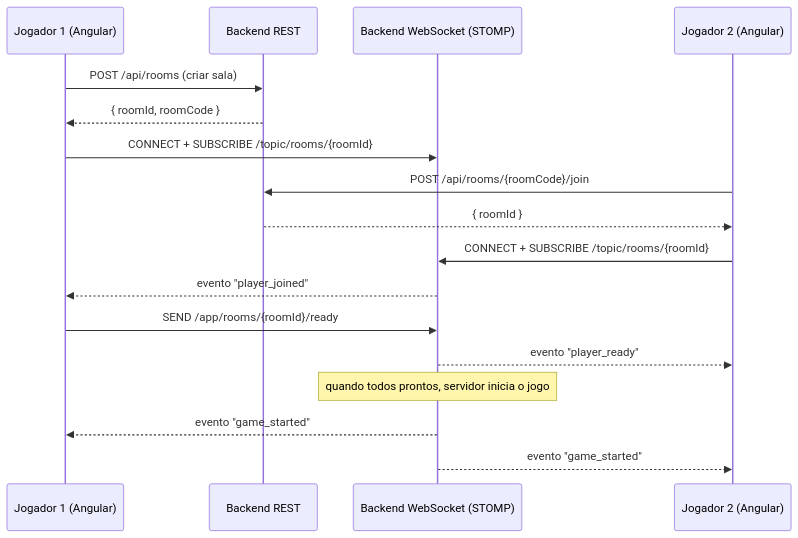
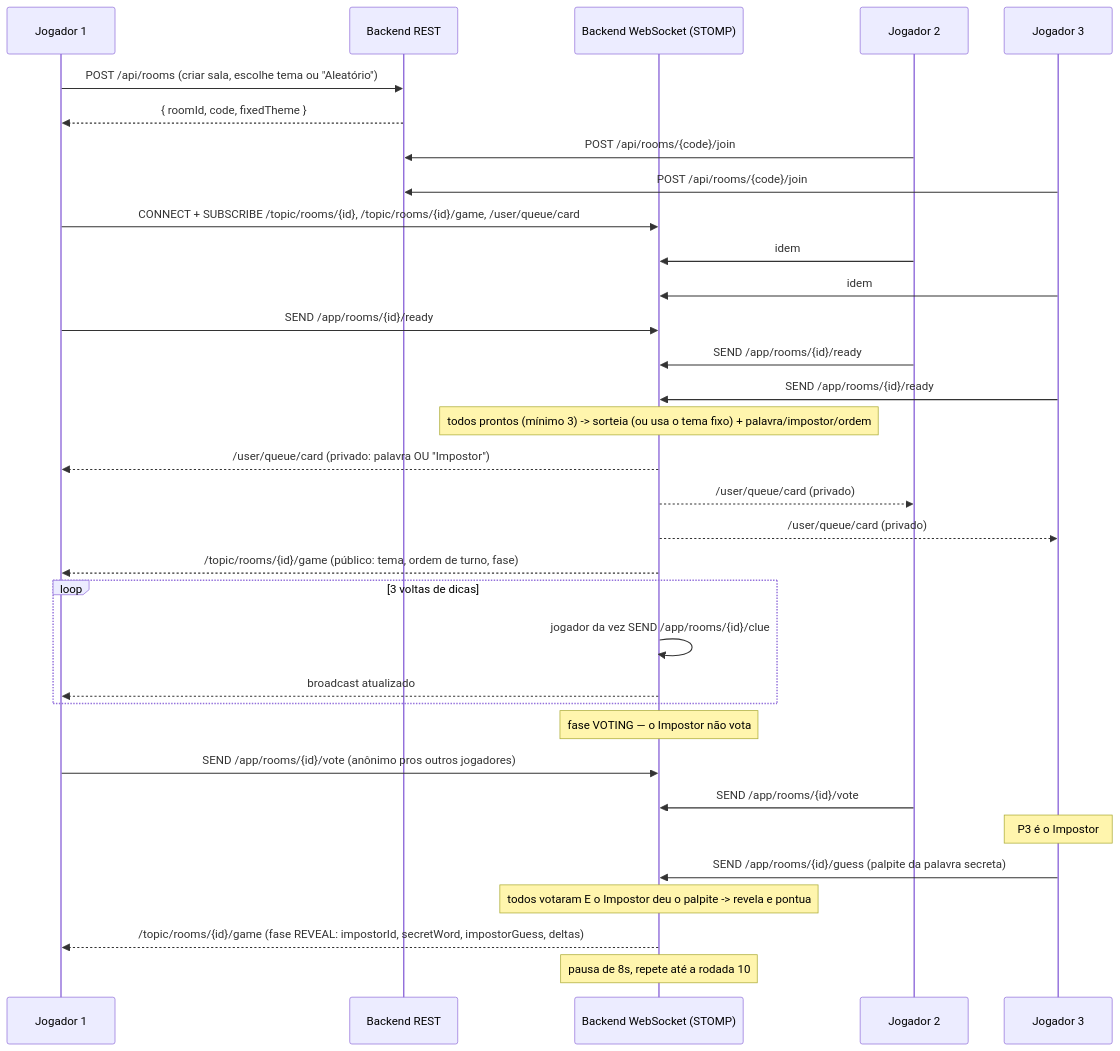
Before and after one commit to arthurfigon/Grash: the diagram in ARCHITECTURE.md, drawn with Mermaid. The commit also changed other lines of this file and 46 other files, not shown here.

First line of the commit message:
feat: reescreve o jogo como o Impostor (sem contas/Postgres) e refina regras

````diff
--- a/ARCHITECTURE.md
+++ b/ARCHITECTURE.md
@@ -106,20 +87,36 @@
 ```mermaid
 sequenceDiagram
-    participant P1 as Jogador 1 (Angular)
+    participant P1 as Jogador 1
     participant API as Backend REST
     participant WS as Backend WebSocket (STOMP)
-    participant P2 as Jogador 2 (Angular)
+    participant P2 as Jogador 2
+    participant P3 as Jogador 3
 
-    P1->>API: POST /api/rooms (criar sala)
-    API-->>P1: { roomId, roomCode }
-    P1->>WS: CONNECT + SUBSCRIBE /topic/rooms/{roomId}
-    P2->>API: POST /api/rooms/{roomCode}/join
-    API-->>P2: { roomId }
-    P2->>WS: CONNECT + SUBSCRIBE /topic/rooms/{roomId}
-    WS-->>P1: evento "player_joined"
-    P1->>WS: SEND /app/rooms/{roomId}/ready
-    WS-->>P2: evento "player_ready"
-    Note over WS: quando todos prontos, servidor inicia o jogo
-    WS-->>P1: evento "game_started"
-    WS-->>P2: evento "game_started"
+    P1->>API: POST /api/rooms (criar sala, escolhe tema ou "Aleatório")
+    API-->>P1: { roomId, code, fixedTheme }
+    P2->>API: POST /api/rooms/{code}/join
+    P3->>API: POST /api/rooms/{code}/join
+    P1->>WS: CONNECT + SUBSCRIBE /topic/rooms/{id}, /topic/rooms/{id}/game, /user/queue/card
+    P2->>WS: idem
+    P3->>WS: idem
+    P1->>WS: SEND /app/rooms/{id}/ready
+    P2->>WS: SEND /app/rooms/{id}/ready
+    P3->>WS: SEND /app/rooms/{id}/ready
+    Note over WS: todos prontos (mínimo 3) -> sorteia (ou usa o tema fixo) + palavra/impostor/ordem
+    WS-->>P1: /user/queue/card (privado: palavra OU "Impostor")
+    WS-->>P2: /user/queue/card (privado)
+    WS-->>P3: /user/queue/card (privado)
+    WS-->>P1: /topic/rooms/{id}/game (público: tema, ordem de turno, fase)
+    loop 3 voltas de dicas
+        WS->>WS: jogador da vez SEND /app/rooms/{id}/clue
+        WS-->>P1: broadcast atualizado
+    end
+    Note over WS: fase VOTING — o Impostor não vota
+    P1->>WS: SEND /app/rooms/{id}/vote (anônimo pros outros jogadores)
+    P2->>WS: SEND /app/rooms/{id}/vote
+    Note over P3: P3 é o Impostor
+    P3->>WS: SEND /app/rooms/{id}/guess (palpite da palavra secreta)
+    Note over WS: todos votaram E o Impostor deu o palpite -> revela e pontua
+    WS-->>P1: /topic/rooms/{id}/game (fase REVEAL: impostorId, secretWord, impostorGuess, deltas)
+    Note over WS: pausa de 8s, repete até a rodada 10
 ```
````
